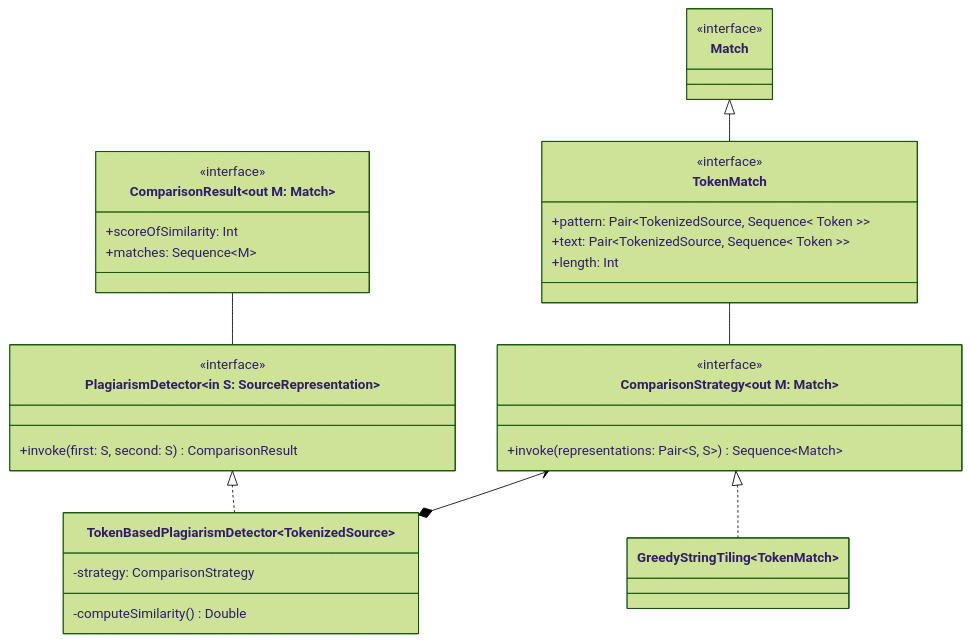
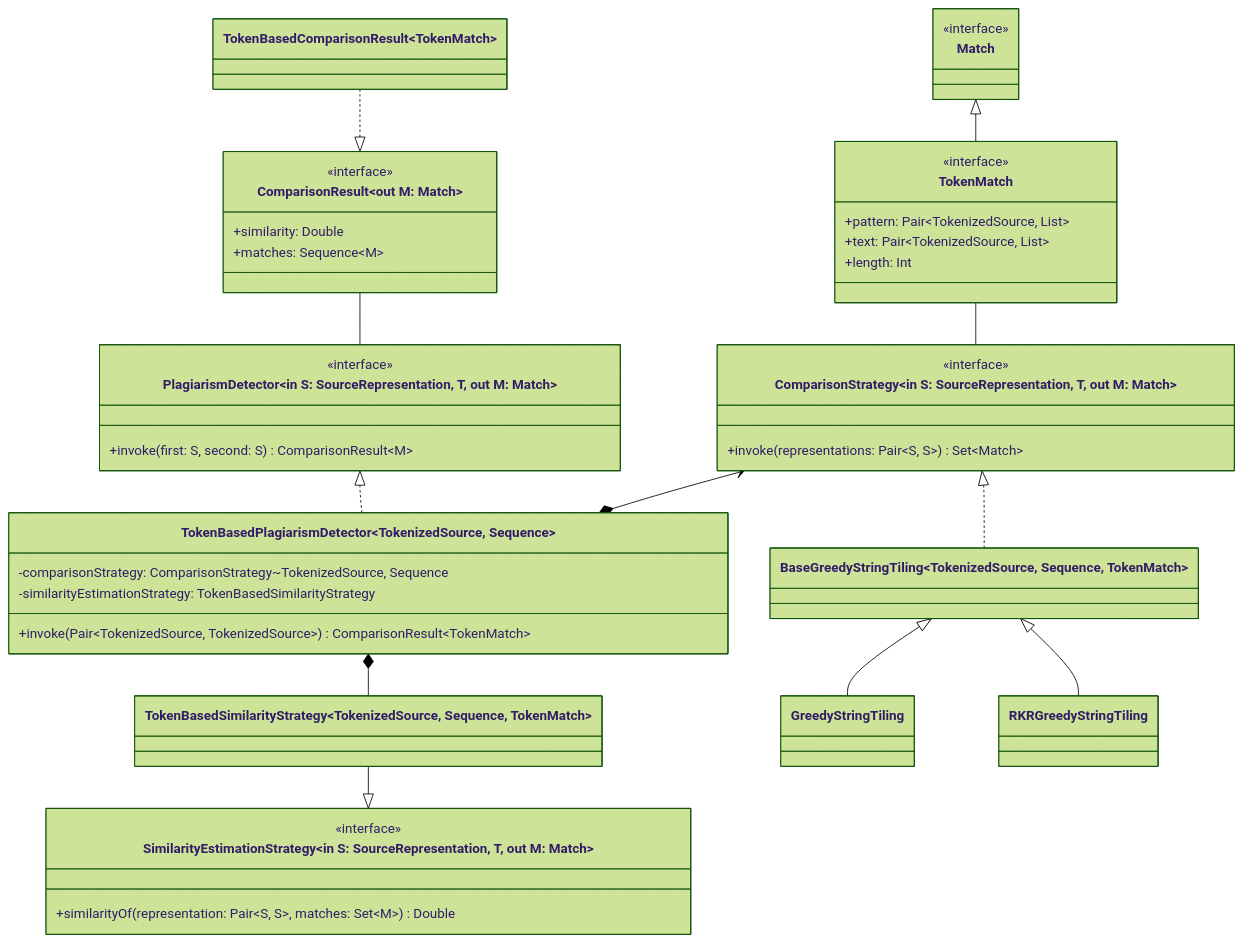
Before and after one commit to tassiLuca/code-plagiarism-detector-doc: the ninth of 13 diagrams in doc.md, drawn with Mermaid (forest theme). The commit also changed other lines of this file, not shown here.

Commit message:
update schemas

````diff
--- a/doc.md
+++ b/doc.md
@@ -401,42 +423,56 @@
 ```mermaid 
 classDiagram
-    direction BT
-    class PlagiarismDetector~in S: SourceRepresentation~ {
+direction BT
+    class PlagiarismDetector~in S: SourceRepresentation<T>, T, out M: Match~ {
         <<interface>>
-        +invoke(first: S, second: S) ComparisonResult
+        +invoke(first: S, second: S) ComparisonResult~M~
     }
 
     class ComparisonResult~out M: Match~ {
         <<interface>>
-        +scoreOfSimilarity: Int
+        +similarity: Double
         +matches: Sequence~M~
     }
     PlagiarismDetector -- ComparisonResult
+    ComparisonResult <|.. TokenBasedComparisonResult~TokenMatch~
 
-    class TokenBasedPlagiarismDetector~TokenizedSource~ {
-        -strategy: ComparisonStrategy
-        -computeSimilarity() Double
+    class TokenBasedPlagiarismDetector~TokenizedSource, Sequence<Token, TokenMatch~ {
+        -comparisonStrategy: ComparisonStrategy~TokenizedSource, Sequence<Token, TokenMatch~
+        -similarityEstimationStrategy: TokenBasedSimilarityStrategy
+        +invoke(Pair~TokenizedSource, TokenizedSource~) ComparisonResult~TokenMatch~
     }
     TokenBasedPlagiarismDetector ..|> PlagiarismDetector
 
-    class ComparisonStrategy~out M: Match~ {
+    class SimilarityEstimationStrategy~in S: SourceRepresentation<T>, T, out M: Match~ {
         <<interface>>
-        +invoke(representations: Pair~S, S~) Sequence~Match~
+        +similarityOf(representation: Pair~S, S~, matches: Set~M~) Double
+    }
+    class TokenBasedSimilarityStrategy~TokenizedSource, Sequence<Token>, TokenMatch~
+    SimilarityEstimationStrategy <|-- TokenBasedSimilarityStrategy
+    %% NormalizedAverageSimilarityStrategy ..|> TokenBasedSimilarityStrategy
+    %% NormalizedMaxSimilarityStrategy ..|> TokenBasedSimilarityStrategy
+    TokenBasedSimilarityStrategy --* TokenBasedPlagiarismDetector
+
+    class ComparisonStrategy~in S: SourceRepresentation<T>, T, out M: Match~ {
+        <<interface>>
+        +invoke(representations: Pair~S, S~) Set~Match~
     }
     TokenBasedPlagiarismDetector *--> ComparisonStrategy
 
-    GreedyStringTiling~TokenMatch~ ..|> ComparisonStrategy
+    BaseGreedyStringTiling~TokenizedSource, Sequence<Token>, TokenMatch~ ..|> ComparisonStrategy
+    GreedyStringTiling --|> BaseGreedyStringTiling
+    RKRGreedyStringTiling --|> BaseGreedyStringTiling
 
     class Match {
         <<interface>>
     }
     
     class TokenMatch {
         <<interface>>
-        +pattern: Pair~TokenizedSource, Sequence< Token >~
-        +text: Pair~TokenizedSource, Sequence< Token >~
+        +pattern: Pair~TokenizedSource, List<Token>~
+        +text: Pair~TokenizedSource, List<Token>~
         +length: Int
     }
     TokenMatch --|> Match
     ComparisonStrategy -- TokenMatch
 ```
````
